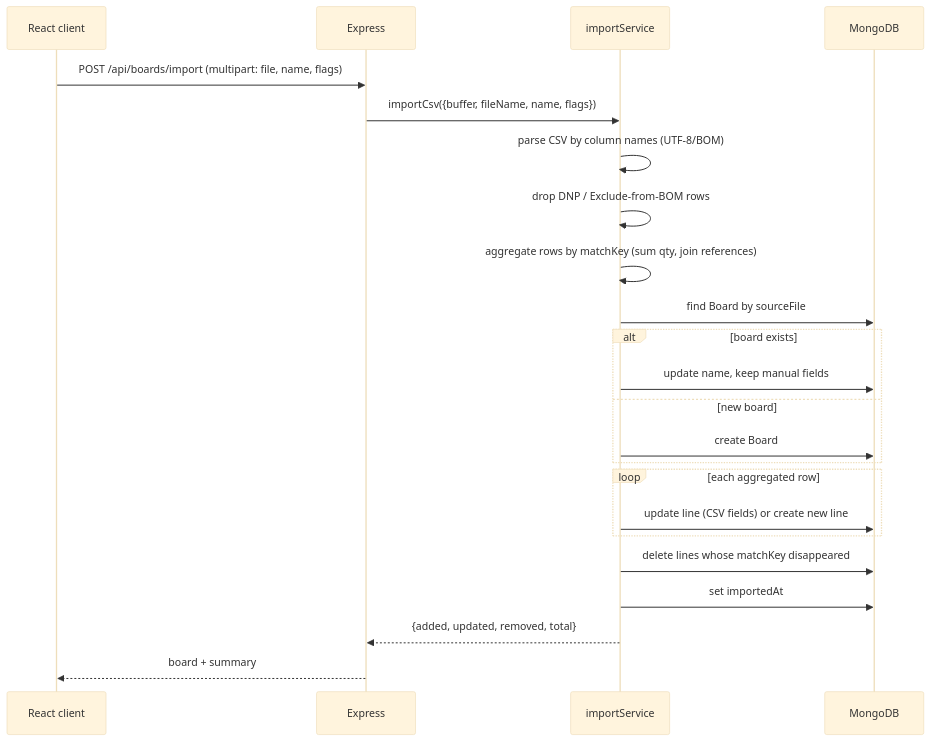
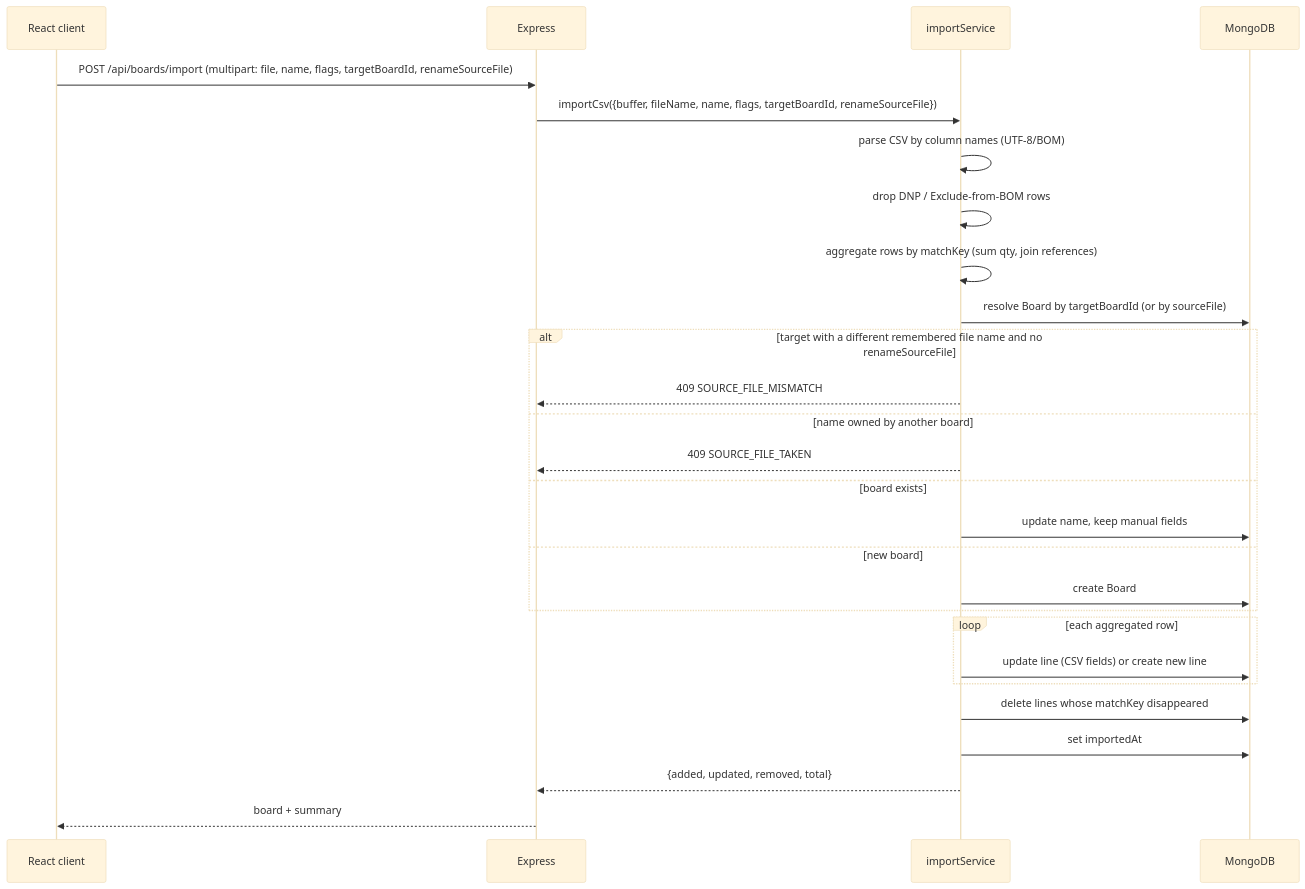
Before and after one commit to GrandFatherPikhto/BOMGenerator: the second of 2 diagrams in docs/architecture.md, drawn with Mermaid (base theme). The commit also changed other lines of this file and 12 other files, not shown here.

````diff
--- a/docs/architecture.md
+++ b/docs/architecture.md
@@ -39,26 +39,30 @@
 ```mermaid
 sequenceDiagram
     participant UI as React client
     participant API as Express
     participant SVC as importService
     participant DB as MongoDB
 
-    UI->>API: POST /api/boards/import (multipart: file, name, flags)
-    API->>SVC: importCsv({buffer, fileName, name, flags})
+    UI->>API: POST /api/boards/import (multipart: file, name, flags, targetBoardId, renameSourceFile)
+    API->>SVC: importCsv({buffer, fileName, name, flags, targetBoardId, renameSourceFile})
     SVC->>SVC: parse CSV by column names (UTF-8/BOM)
     SVC->>SVC: drop DNP / Exclude-from-BOM rows
     SVC->>SVC: aggregate rows by matchKey (sum qty, join references)
-    SVC->>DB: find Board by sourceFile
-    alt board exists
+    SVC->>DB: resolve Board by targetBoardId (or by sourceFile)
+    alt target with a different remembered file name and no renameSourceFile
+        SVC-->>API: 409 SOURCE_FILE_MISMATCH
+    else name owned by another board
+        SVC-->>API: 409 SOURCE_FILE_TAKEN
+    else board exists
         SVC->>DB: update name, keep manual fields
     else new board
         SVC->>DB: create Board
     end
     loop each aggregated row
         SVC->>DB: update line (CSV fields) or create new line
     end
     SVC->>DB: delete lines whose matchKey disappeared
     SVC->>DB: set importedAt
     SVC-->>API: {added, updated, removed, total}
     API-->>UI: board + summary
 ```
````
